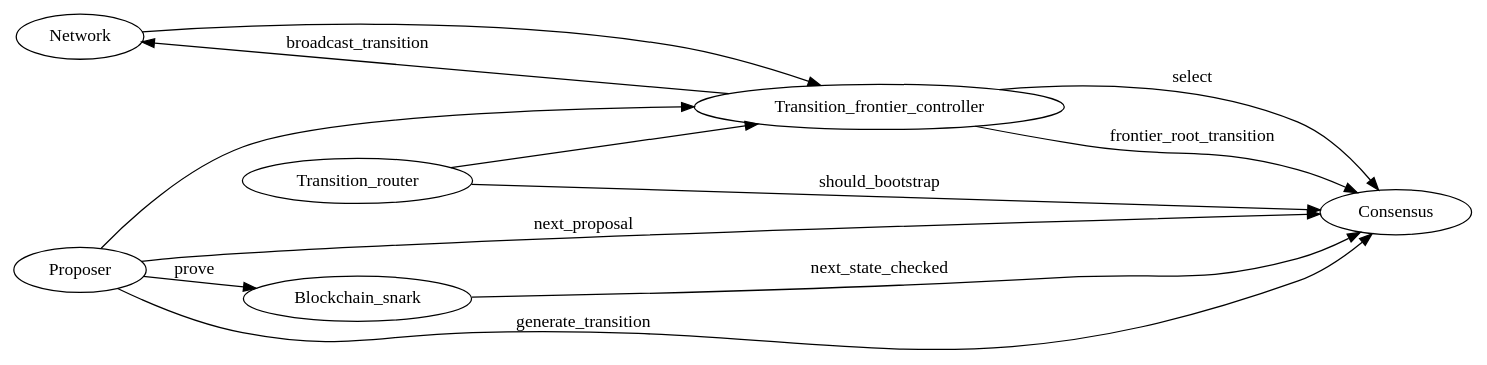
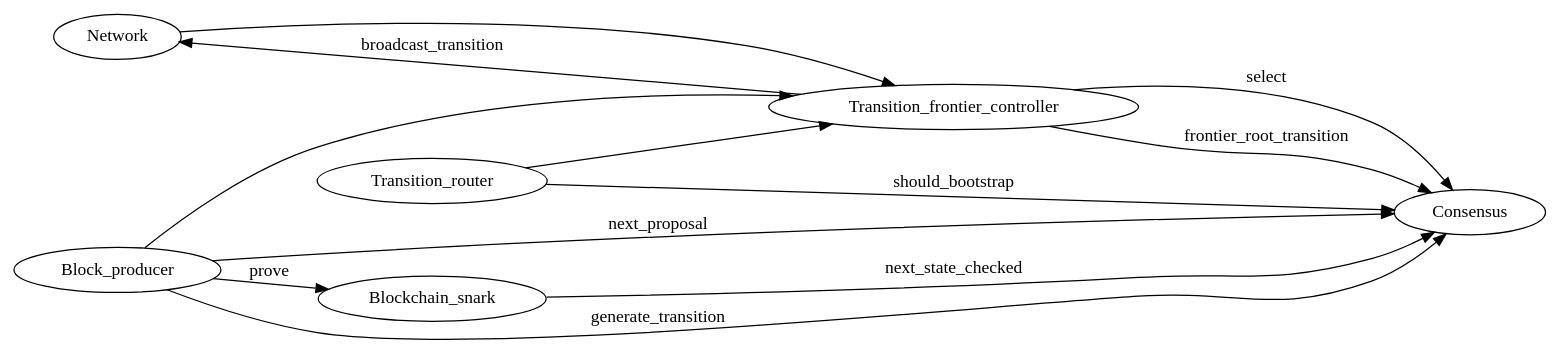
The diagram in docs/res/consensus_hooks.dot (MinaProtocol/mina), drawn with Graphviz before and after one commit. The commit also changed 7 other files, not shown here.

Commit message:
Rename proposer lib to block producer

```diff
--- a/docs/res/consensus_hooks.dot
+++ b/docs/res/consensus_hooks.dot
@@ -1,21 +1,21 @@
 digraph G {
   rankdir=LR;
 
-  { rank=source; Network; Proposer }
+  { rank=source; Network; Block_producer }
   { rank=same; Transition_router; Blockchain_snark }
   { rank=sink; Consensus }
 
-  {Network, Proposer, Transition_router} -> Transition_frontier_controller;
+  {Network, Block_producer, Transition_router} -> Transition_frontier_controller;
   Transition_frontier_controller -> Network [label="broadcast_transition"];
 
   Transition_router -> Consensus [label="should_bootstrap"];
 
   Transition_frontier_controller -> Consensus [label="select"];
   Transition_frontier_controller -> Consensus [label="frontier_root_transition"];
 
-  Proposer -> Consensus [label="generate_transition"];
-  Proposer -> Consensus [label="next_proposal"];
-  Proposer -> Blockchain_snark [label="prove"];
+  Block_producer -> Consensus [label="generate_transition"];
+  Block_producer -> Consensus [label="next_proposal"];
+  Block_producer -> Blockchain_snark [label="prove"];
 
   Blockchain_snark -> Consensus [label="next_state_checked"];
 }
```
